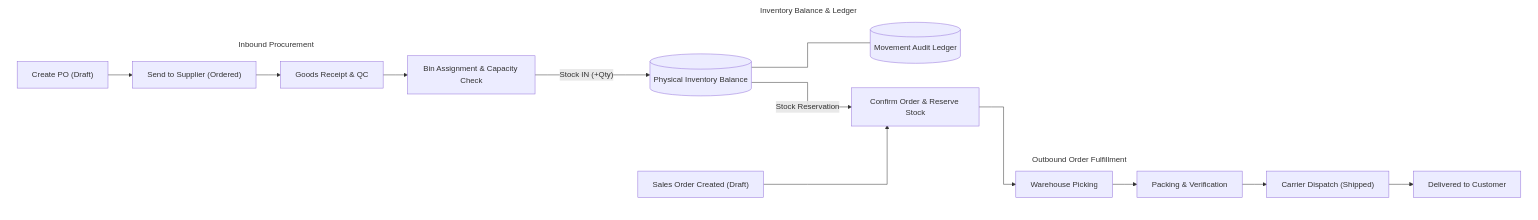
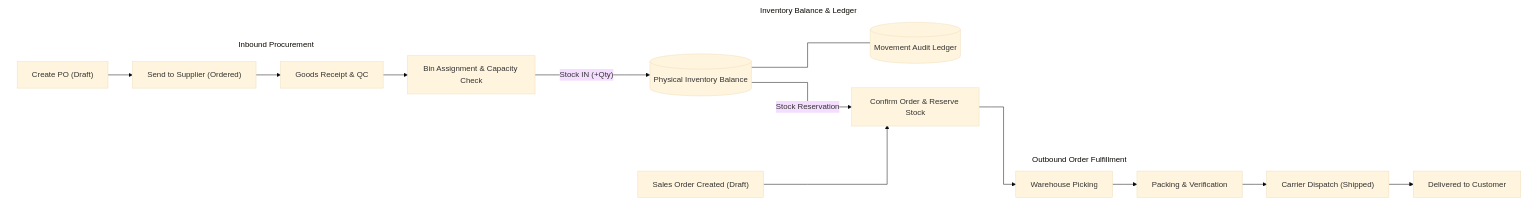
The second of 3 diagrams in README.md (RPriago/stockFlow), drawn with Mermaid before and after one commit. The commit also changed other lines of this file, not shown here.

Commit message:
docs: update README with live production telemetry, OWASP security details, and clean diagram styling

````diff
--- a/README.md
+++ b/README.md
@@ -99,27 +111,27 @@
 ```mermaid
-%%{init: {"flowchart": {"curve": "stepAfter"}}}%%
+%%{init: {"theme": "base", "themeVariables": {"clusterBkg": "transparent", "clusterBorder": "none"}, "flowchart": {"curve": "stepAfter"}}}%%
 flowchart LR
     subgraph INBOUND ["Inbound Procurement"]
         PO1["Create PO (Draft)"] --> PO2["Send to Supplier (Ordered)"]
         PO2 --> PO3["Goods Receipt & QC"]
         PO3 --> PO4["Bin Assignment & Capacity Check"]
     end
 
     subgraph CORE ["Inventory Balance & Ledger"]
         PO4 -->|"Stock IN (+Qty)"| BAL[("Physical Inventory Balance")]
         BAL --- LEDGER[("Movement Audit Ledger")]
         BAL -->|"Stock Reservation"| SO2
     end
 
     subgraph OUTBOUND ["Outbound Order Fulfillment"]
         SO1["Sales Order Created (Draft)"] --> SO2["Confirm Order & Reserve Stock"]
         SO2 --> SO3["Warehouse Picking"]
         SO3 --> SO4["Packing & Verification"]
         SO4 --> SO5["Carrier Dispatch (Shipped)"]
         SO5 --> SO6["Delivered to Customer"]
     end
 
     style INBOUND fill:none,stroke:none
     style CORE fill:none,stroke:none
     style OUTBOUND fill:none,stroke:none
 ```
````
